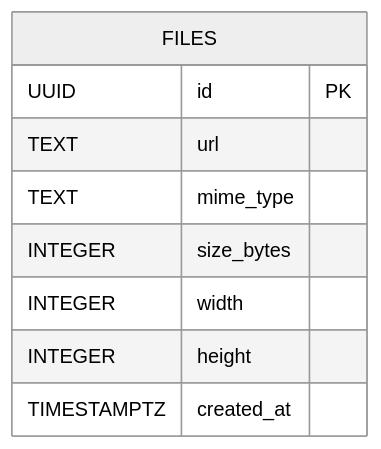
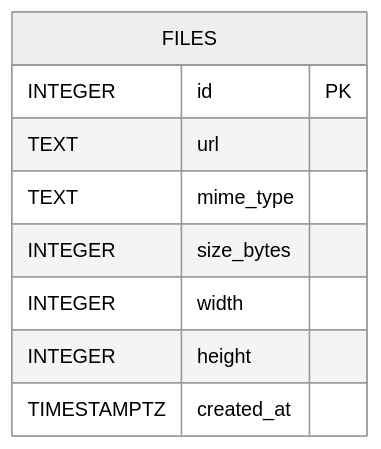
One commit to go-park-mail-ru/2025_2_FiveCode changed the second of 11 diagrams in db/normalized/relations.md. Above: the diagram before and after it, drawn with Mermaid (neutral theme). The commit also changed other lines of this file and 2 other files, not shown here.

Commit message:
add trigger, update er and relations

````diff
--- a/db/normalized/relations.md
+++ b/db/normalized/relations.md
@@ -63,12 +63,12 @@
 ```mermaid
 erDiagram
   FILES {
-    UUID id PK
+    INTEGER id PK
     TEXT url
     TEXT mime_type
     INTEGER size_bytes
     INTEGER width
     INTEGER height
     TIMESTAMPTZ created_at
   }
 ```
````
